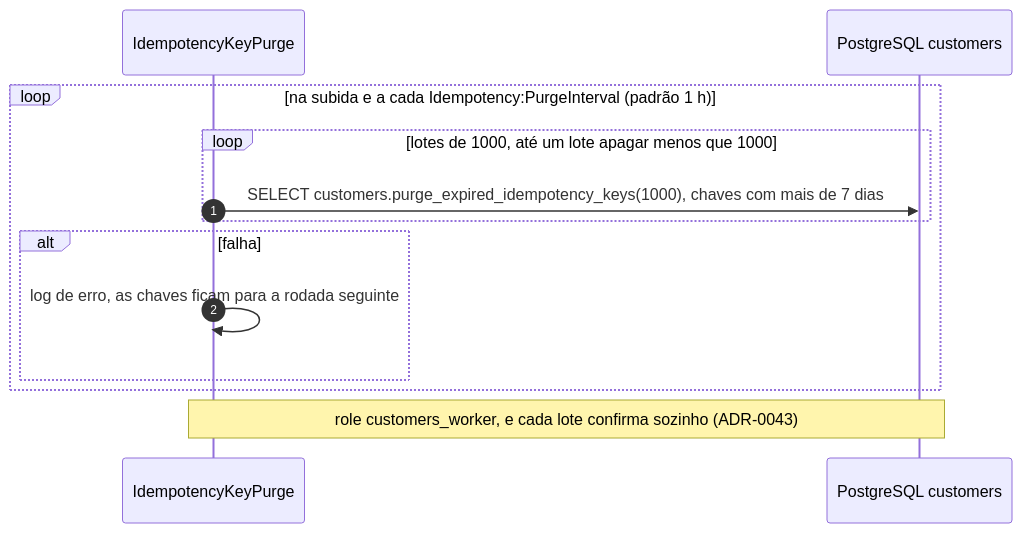
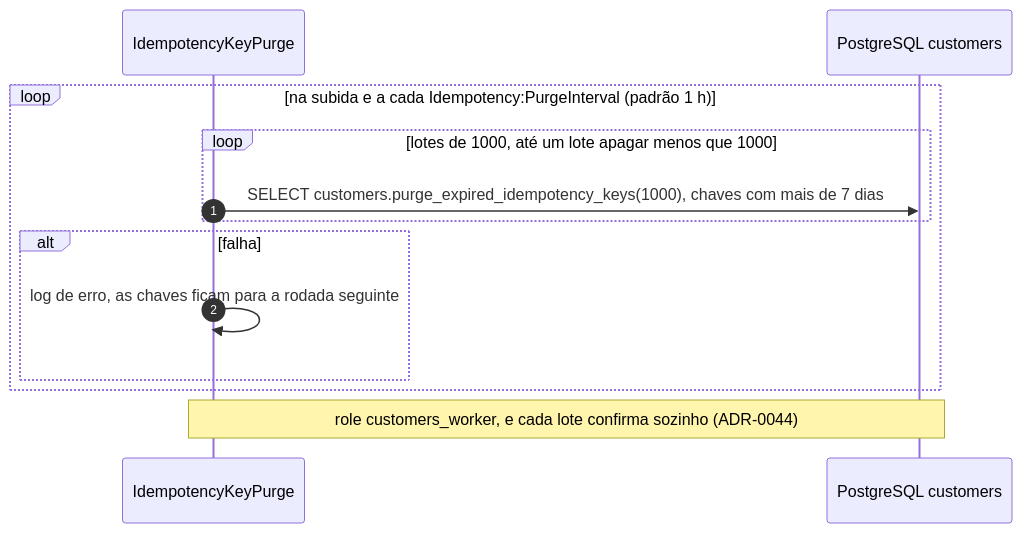
Before and after one commit to arthuurw/desafio-arquiteto-keyrus: the fifth of 5 diagrams in docs/arquitetura/fluxos-customers.md, drawn with Mermaid. The commit also changed other lines of this file and 31 other files, not shown here.

````diff
--- a/docs/arquitetura/fluxos-customers.md
+++ b/docs/arquitetura/fluxos-customers.md
@@ -250,16 +250,16 @@
 ```mermaid
 sequenceDiagram
   autonumber
   participant P as IdempotencyKeyPurge
   participant DB as PostgreSQL customers
 
   loop na subida e a cada Idempotency:PurgeInterval (padrão 1 h)
     loop lotes de 1000, até um lote apagar menos que 1000
       P->>DB: SELECT customers.purge_expired_idempotency_keys(1000), chaves com mais de 7 dias
     end
     alt falha
       P->>P: log de erro, as chaves ficam para a rodada seguinte
     end
   end
-  Note over P,DB: role customers_worker, e cada lote confirma sozinho (ADR-0043)
+  Note over P,DB: role customers_worker, e cada lote confirma sozinho (ADR-0044)
 ```
````
